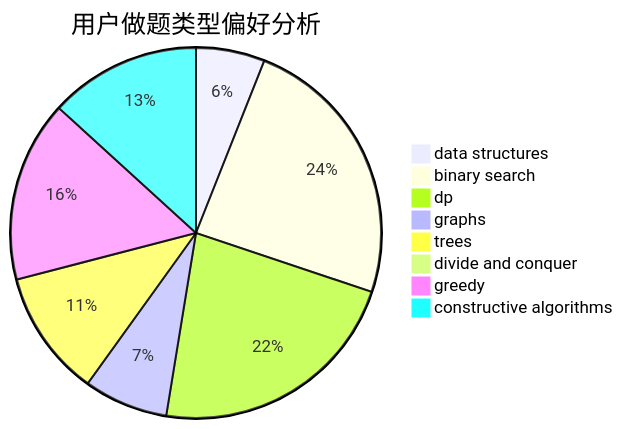
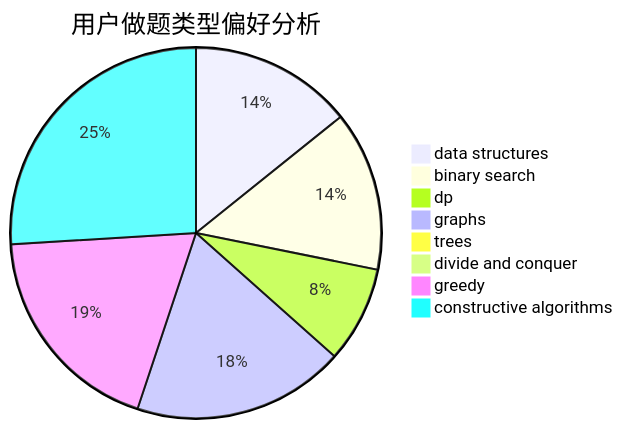
Before and after one commit to sherpahu/cfrs.github.io: the second of 3 diagrams in docs/user/u1742.md, drawn with Mermaid. The commit also changed other lines of this file and 2770 other files, not shown here.

````diff
--- a/docs/user/u1742.md
+++ b/docs/user/u1742.md
@@ -23,11 +23,11 @@
 ```mermaid
 pie title 用户做题类型偏好分析
-    "data structures" :  49
-    "binary search" :  197
-    "dp" :  183
-    "graphs" :  60
-    "trees" :  90
-    "divide and conquer" :  0
-    "greedy" :  129
-    "constructive algorithms" :  108
+    "data structures" :  149
+    "binary search" :  146
+    "dp" :  88
+    "graphs" :  194
+    "trees" :  10
+    "divide and conquer" :  10
+    "greedy" :  198
+    "constructive algorithms" :  272
 ```
````
